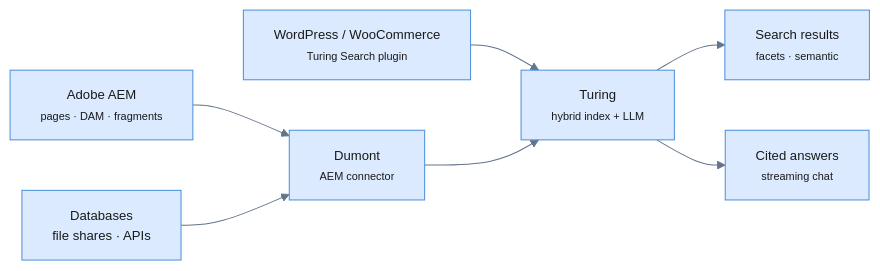
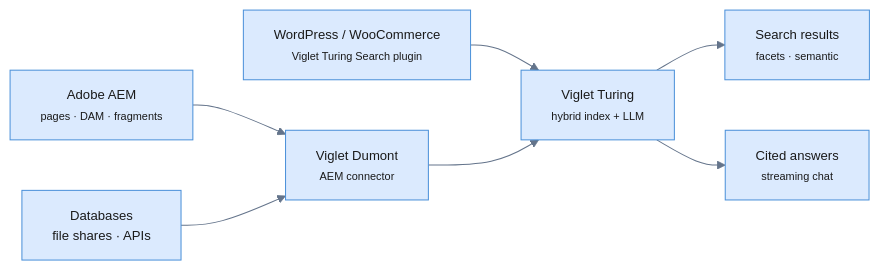
One commit to openviglet/site changed the diagram in content/blog/diagrams/turing-aem-search.mmd. Above: the diagram before and after it, drawn with Mermaid. The commit also changed 57 other files, not shown here.

```diff
--- a/content/blog/diagrams/turing-aem-search.mmd
+++ b/content/blog/diagrams/turing-aem-search.mmd
@@ -1,11 +1,11 @@
 %%{init: {'theme': 'base', 'themeVariables': {'fontSize': '13px', 'lineColor': '#64748b'}}}%%
 flowchart LR
-    AEM["Adobe AEM<br/><small>pages · DAM · fragments</small>"] --> DEP["Dumont<br/><small>AEM connector</small>"]
+    AEM["Adobe AEM<br/><small>pages · DAM · fragments</small>"] --> DEP["Viglet Dumont<br/><small>AEM connector</small>"]
     OTHER["Databases<br/>file shares · APIs"] --> DEP
-    WP["WordPress / WooCommerce<br/><small>Turing Search plugin</small>"] --> TUR
-    DEP --> TUR["Turing<br/><small>hybrid index + LLM</small>"]
+    WP["WordPress / WooCommerce<br/><small>Viglet Turing Search plugin</small>"] --> TUR
+    DEP --> TUR["Viglet Turing<br/><small>hybrid index + LLM</small>"]
     TUR --> SEARCH["Search results<br/><small>facets · semantic</small>"]
     TUR --> CHAT["Cited answers<br/><small>streaming chat</small>"]
 
     classDef b fill:#dbeafe,stroke:#4A90D9,color:#1a1a1a;
     class AEM,OTHER,WP,DEP,TUR,SEARCH,CHAT b;
```
